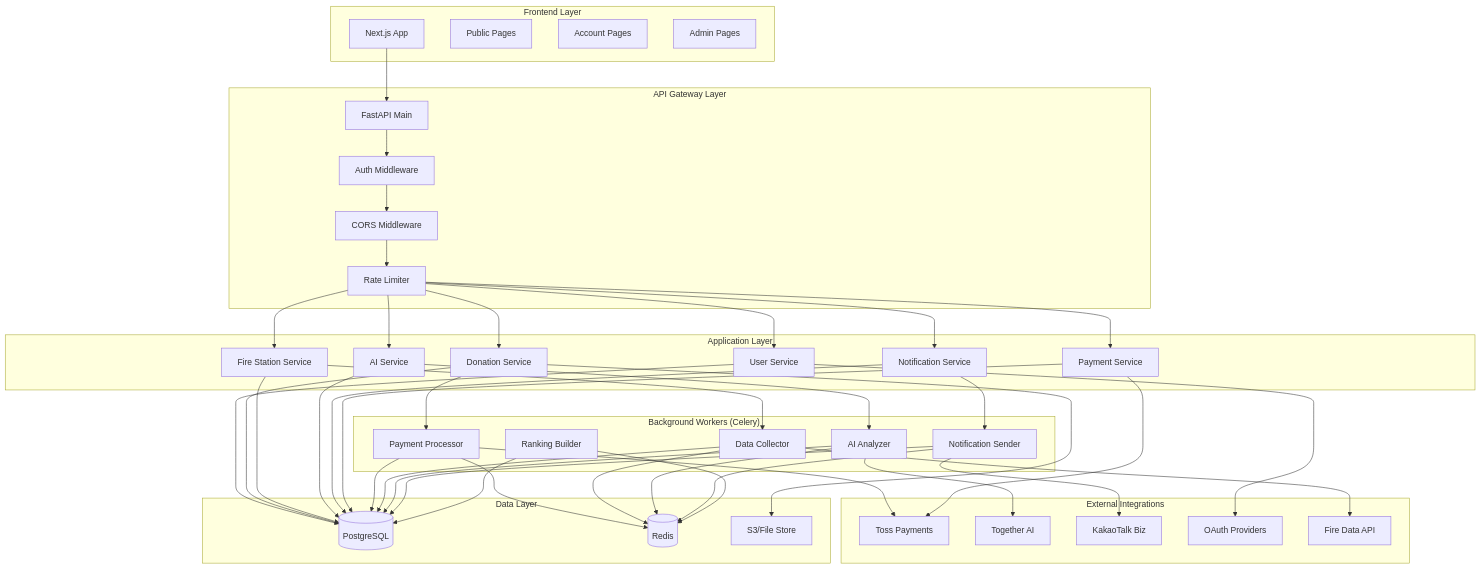
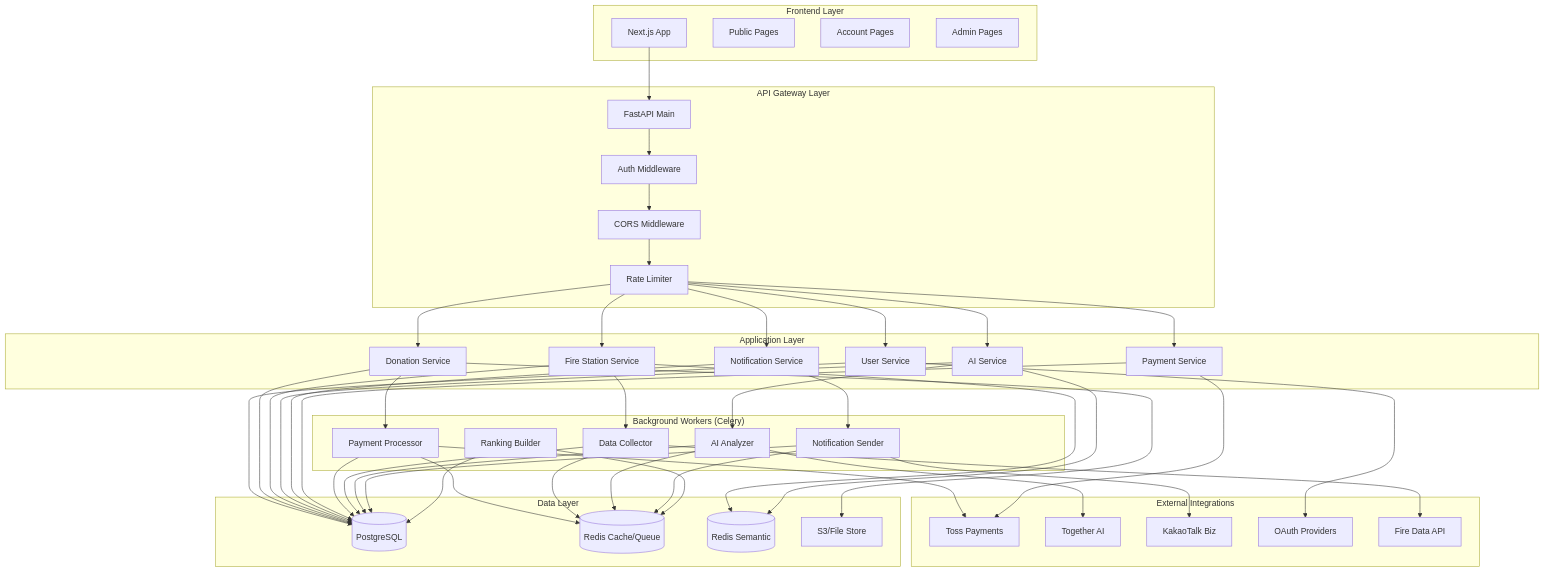
One commit to dlehdgml5328/bodam changed the first of 11 diagrams in docs/ARCHITECTURE.md. Above: the diagram before and after it, drawn with Mermaid. The commit also changed other lines of this file and 77 other files, not shown here.

````diff
--- a/docs/ARCHITECTURE.md
+++ b/docs/ARCHITECTURE.md
@@ -68,8 +68,9 @@
 
     subgraph "Data Layer"
         F1[(PostgreSQL)]
-        F2[(Redis)]
-        F3[S3/File Store]
+        F2[(Redis Cache/Queue)]
+        F3[(Redis Semantic)]
+        F4[S3/File Store]
     end
 
     A --> B
@@ -100,6 +101,8 @@
     D3 --> F2
     D4 --> F2
     D5 --> F2
+    C3 --> F3
+    C4 --> F3
 
     D1 --> E1
     D2 --> E5
@@ -114,5 +117,5 @@
     D4 --> F1
     D5 --> F1
 
-    C2 --> F3
+    C2 --> F4
 ```
````
